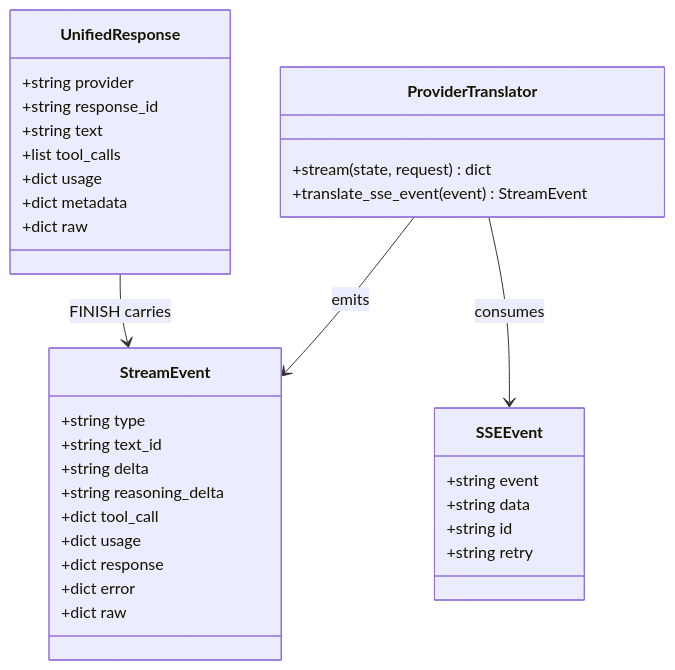
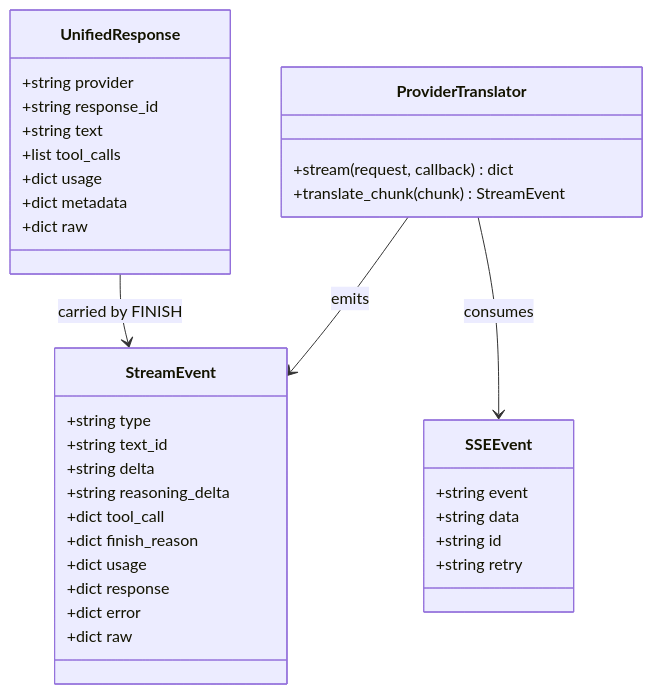
The first of 5 diagrams in docs/sprints/SPRINT-005-comprehensive-implementation-plan.md (jaytaylor/attractor-tcl), drawn with Mermaid before and after one commit. The commit also changed other lines of this file, not shown here.

````diff
--- a/docs/sprints/SPRINT-005-comprehensive-implementation-plan.md
+++ b/docs/sprints/SPRINT-005-comprehensive-implementation-plan.md
@@ -603,40 +1230,41 @@
 ```mermaid
 classDiagram
   class StreamEvent {
     +string type
     +string text_id
     +string delta
     +string reasoning_delta
     +dict tool_call
+    +dict finish_reason
     +dict usage
     +dict response
     +dict error
     +dict raw
   }
 
   class UnifiedResponse {
     +string provider
     +string response_id
     +string text
     +list tool_calls
     +dict usage
     +dict metadata
     +dict raw
   }
 
   class ProviderTranslator {
-    +stream(state, request) dict
-    +translate_sse_event(event) StreamEvent
+    +stream(request, callback) dict
+    +translate_chunk(chunk) StreamEvent
   }
 
   class SSEEvent {
     +string event
     +string data
     +string id
     +string retry
   }
 
-  UnifiedResponse --> StreamEvent : FINISH carries
   ProviderTranslator --> SSEEvent : consumes
   ProviderTranslator --> StreamEvent : emits
+  UnifiedResponse --> StreamEvent : carried by FINISH
 ```
````
